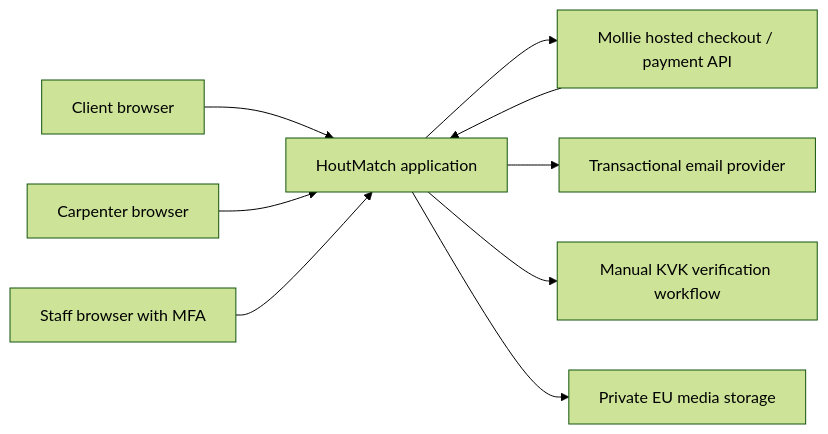
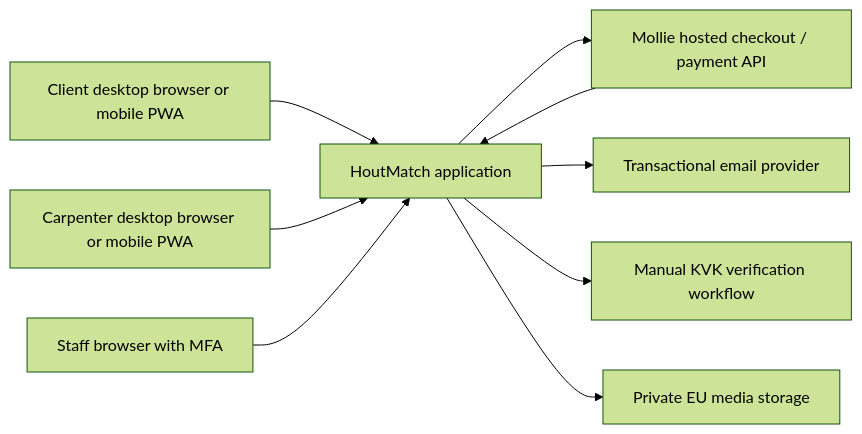
Before and after one commit to jianfjin/work-platform: the first of 2 diagrams in doc/04-architecture.md, drawn with Mermaid (forest theme). The commit also changed other lines of this file and 14 other files, not shown here.

Commit message:
docs: define desktop and mobile PWA-first delivery

````diff
--- a/doc/04-architecture.md
+++ b/doc/04-architecture.md
@@ -13,11 +13,11 @@
 ```mermaid
 flowchart LR
-    Client[Client browser] --> App[HoutMatch application]
-    Carpenter[Carpenter browser] --> App
+    Client[Client desktop browser or mobile PWA] --> App[HoutMatch application]
+    Carpenter[Carpenter desktop browser or mobile PWA] --> App
     Operator[Staff browser with MFA] --> App
     App --> PSP[Mollie hosted checkout / payment API]
     PSP --> App
     App --> Email[Transactional email provider]
     App --> Registry[Manual KVK verification workflow]
     App --> Storage[Private EU media storage]
 ```
````
